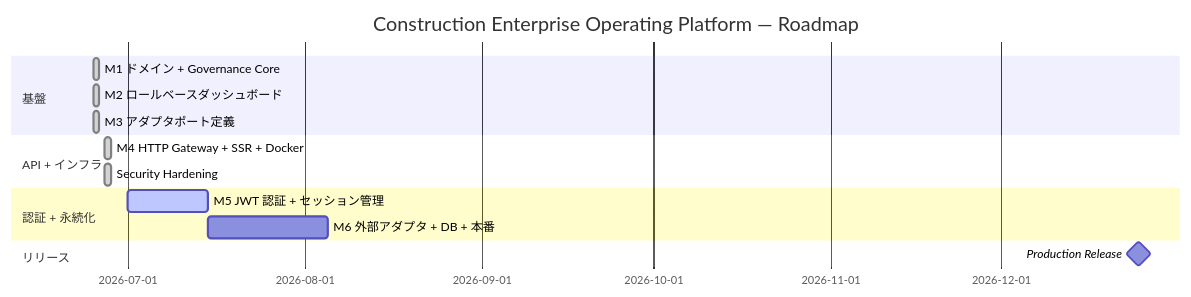
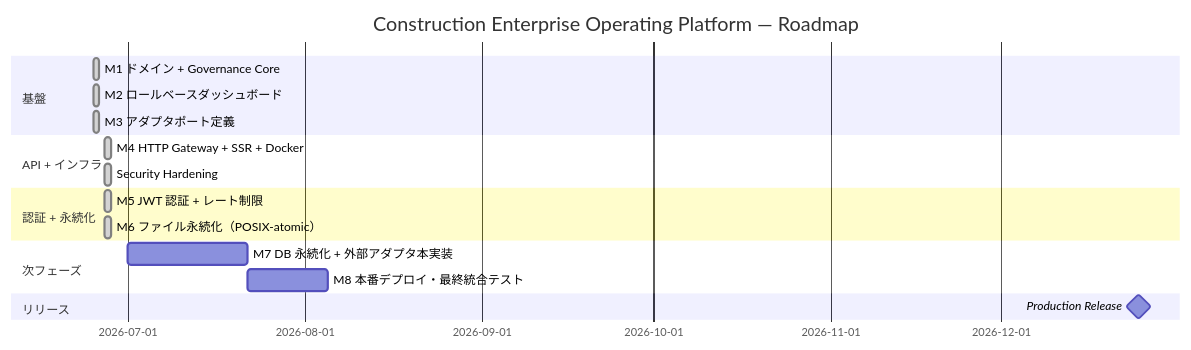
One commit to Kensan196948G/Construction-Enterprise-Operating-Platform changed the fifth of 5 diagrams in README.md. Above: the diagram before and after it, drawn with Mermaid. The commit also changed other lines of this file and 4 other files, not shown here.

````diff
--- a/README.md
+++ b/README.md
@@ -416,17 +487,20 @@
 ```mermaid
 gantt
     title Construction Enterprise Operating Platform — Roadmap
     dateFormat YYYY-MM-DD
     section 基盤
         M1 ドメイン + Governance Core    :done,    m1, 2026-06-25, 1d
         M2 ロールベースダッシュボード    :done,    m2, 2026-06-25, 1d
         M3 アダプタポート定義            :done,    m3, 2026-06-25, 1d
     section API + インフラ
         M4 HTTP Gateway + SSR + Docker   :done,    m4, 2026-06-27, 1d
         Security Hardening               :done,    sh, 2026-06-27, 1d
     section 認証 + 永続化
-        M5 JWT 認証 + セッション管理     :active,  m5, 2026-07-01, 14d
-        M6 外部アダプタ + DB + 本番      :         m6, 2026-07-15, 21d
+        M5 JWT 認証 + レート制限         :done,    m5, 2026-06-27, 1d
+        M6 ファイル永続化（POSIX-atomic）:done,    m6, 2026-06-27, 1d
+    section 次フェーズ
+        M7 DB 永続化 + 外部アダプタ本実装:         m7, 2026-07-01, 21d
+        M8 本番デプロイ・最終統合テスト  :         m8, 2026-07-22, 14d
     section リリース
         Production Release               :milestone, 2026-12-25, 0d
 ```
````
